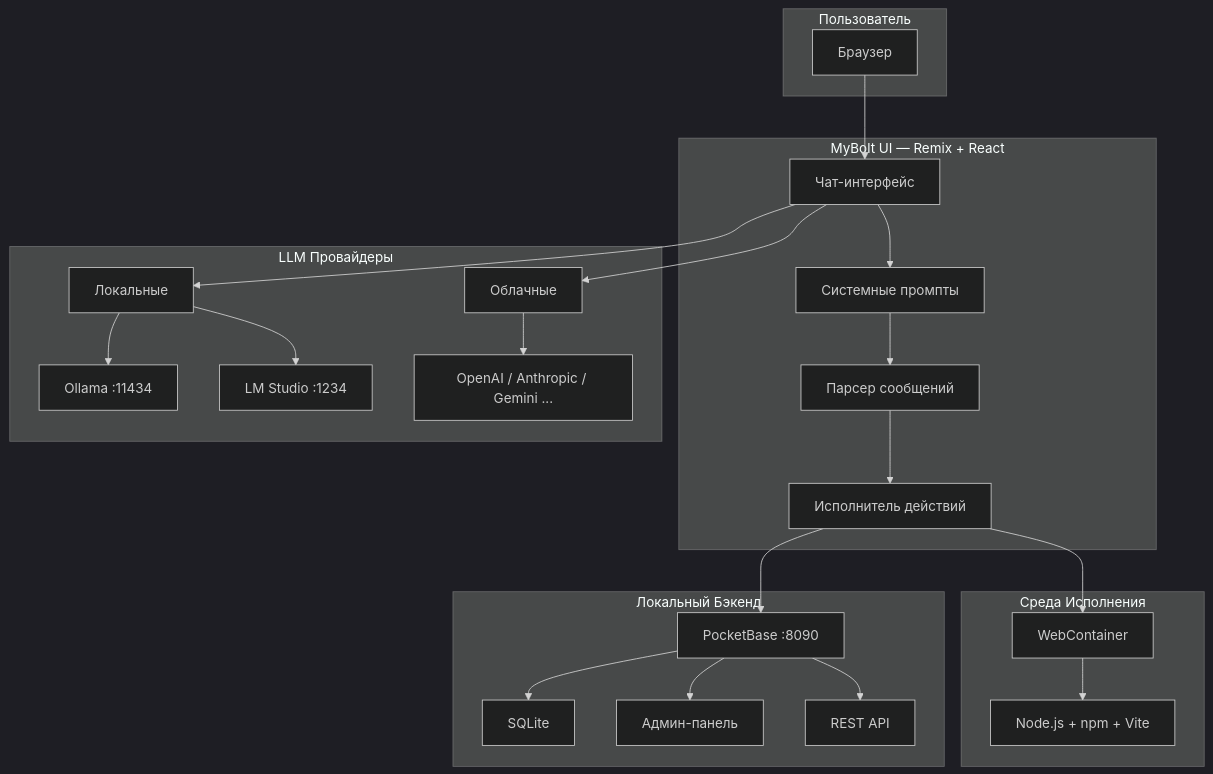
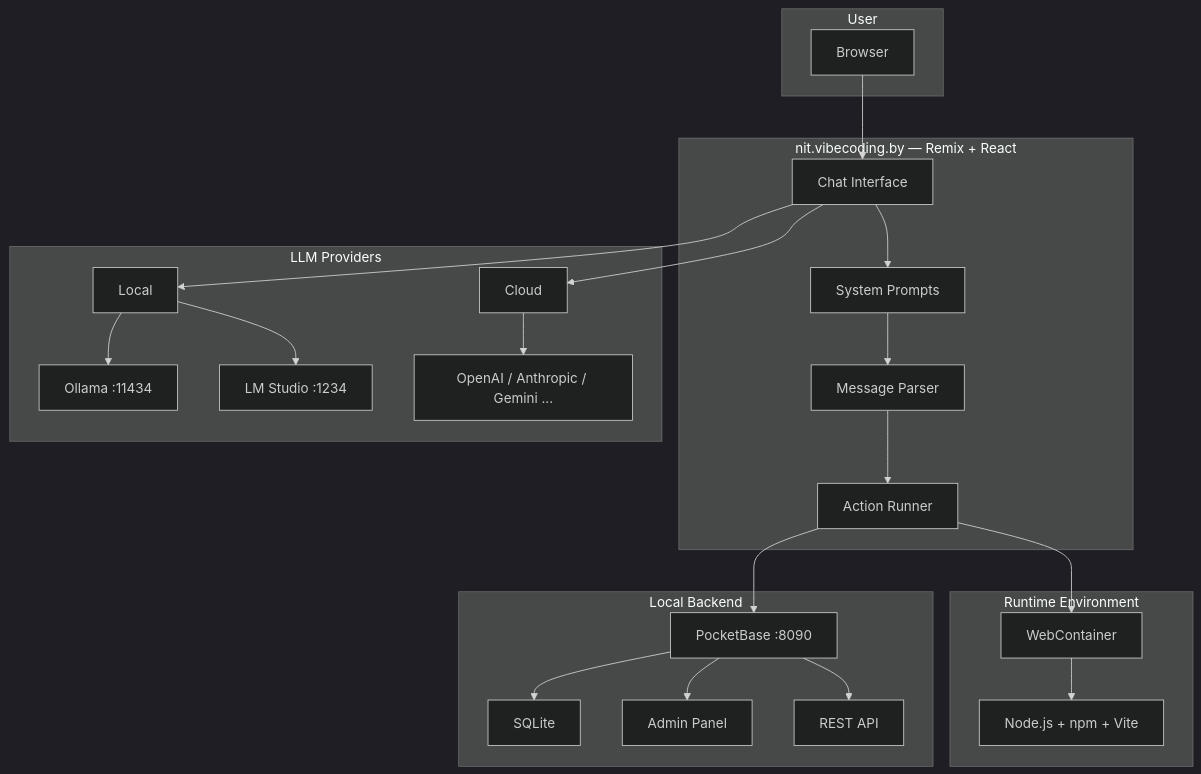
The diagram in README.md (antsincgame/nit.vibecoding.by), drawn with Mermaid (dark theme) before and after one commit. The commit also changed other lines of this file, not shown here.

First line of the commit message:
nit.vibecoding.by — English README for Belarusian AI project

````diff
--- a/README.md
+++ b/README.md
@@ -109,52 +114,52 @@
 ```mermaid
 graph TB
-    subgraph user [Пользователь]
-        Browser["Браузер"]
+    subgraph user [User]
+        Browser["Browser"]
     end
 
-    subgraph app [MyBolt UI — Remix + React]
-        Chat["Чат-интерфейс"]
-        Prompts["Системные промпты"]
-        Parser["Парсер сообщений"]
-        ActionRunner["Исполнитель действий"]
+    subgraph app [nit.vibecoding.by — Remix + React]
+        Chat["Chat Interface"]
+        Prompts["System Prompts"]
+        Parser["Message Parser"]
+        ActionRunner["Action Runner"]
     end
 
-    subgraph llm [LLM Провайдеры]
-        Local["Локальные"]
-        Cloud["Облачные"]
+    subgraph llm [LLM Providers]
+        Local["Local"]
+        Cloud["Cloud"]
         Ollama["Ollama :11434"]
         LMStudio["LM Studio :1234"]
         OpenAI["OpenAI / Anthropic / Gemini ..."]
     end
 
-    subgraph runtime [Среда Исполнения]
+    subgraph runtime [Runtime Environment]
         WebContainer["WebContainer"]
         NodeJS["Node.js + npm + Vite"]
     end
 
-    subgraph backend [Локальный Бэкенд]
+    subgraph backend [Local Backend]
         PocketBase["PocketBase :8090"]
         SQLite["SQLite"]
-        AdminPanel["Админ-панель"]
+        AdminPanel["Admin Panel"]
         RestAPI["REST API"]
     end
 
     Browser --> Chat
     Chat --> Prompts
     Prompts --> Parser
     Parser --> ActionRunner
 
     ActionRunner --> WebContainer
     WebContainer --> NodeJS
 
     Chat --> Local
     Chat --> Cloud
     Local --> Ollama
     Local --> LMStudio
     Cloud --> OpenAI
 
     ActionRunner --> PocketBase
     PocketBase --> SQLite
     PocketBase --> AdminPanel
     PocketBase --> RestAPI
 ```
````
